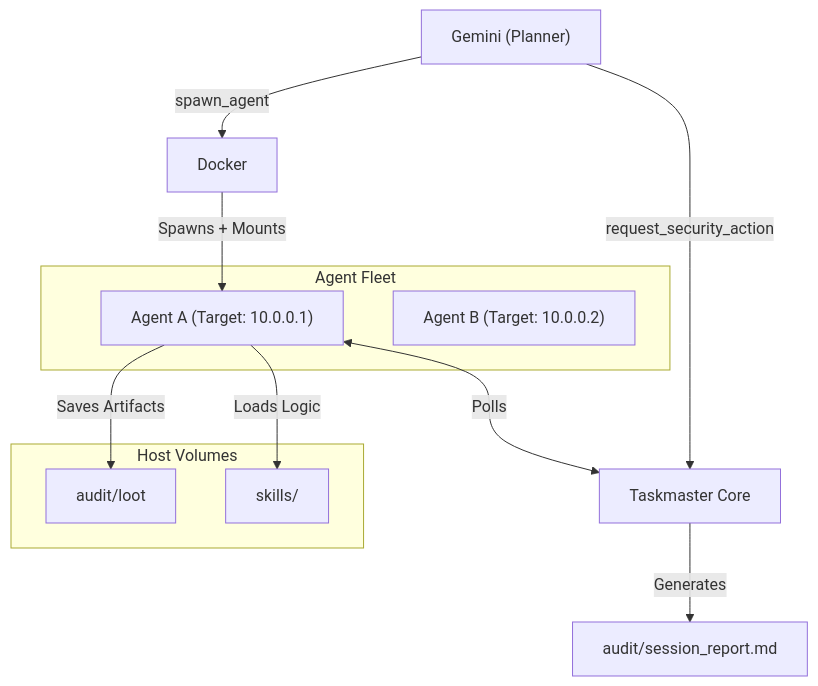
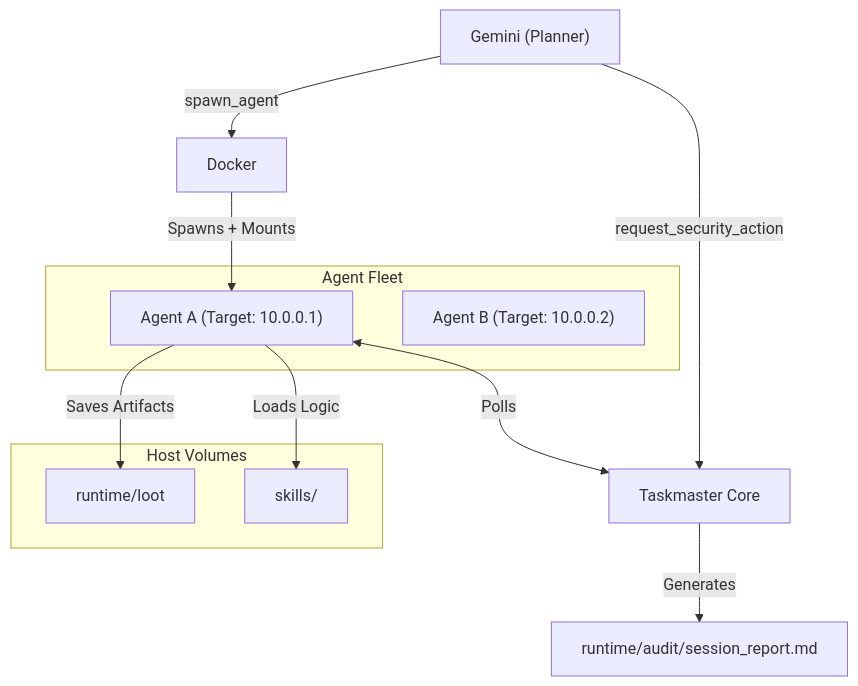
Before and after one commit to 0xDmsk/taskmaster: the diagram in README.md, drawn with Mermaid. The commit also changed other lines of this file and 21 other files, not shown here.

First line of the commit message:
Move runtime artifacts under runtime/ and emit one combined docx per report

````diff
--- a/README.md
+++ b/README.md
@@ -9,22 +9,22 @@
 ```mermaid
 graph TD
     Gemini["Gemini (Planner)"] -->|"spawn_agent"| Docker["Docker"]
     Gemini -->|"request_security_action"| TM["Taskmaster Core"]
     
     subgraph "Agent Fleet"
         Agent1["Agent A (Target: 10.0.0.1)"]
         Agent2["Agent B (Target: 10.0.0.2)"]
     end
 
     Docker -->|"Spawns + Mounts"| Agent1
     Agent1 <-->|"Polls"| TM
     
     subgraph "Host Volumes"
-        Loot["audit/loot"]
+        Loot["runtime/loot"]
         Skills["skills/"]
     end
     
     Agent1 -->|"Saves Artifacts"| Loot
     Agent1 -->|"Loads Logic"| Skills
-    TM -->|"Generates"| Report["audit/session_report.md"]
+    TM -->|"Generates"| Report["runtime/audit/session_report.md"]
 ```
````
